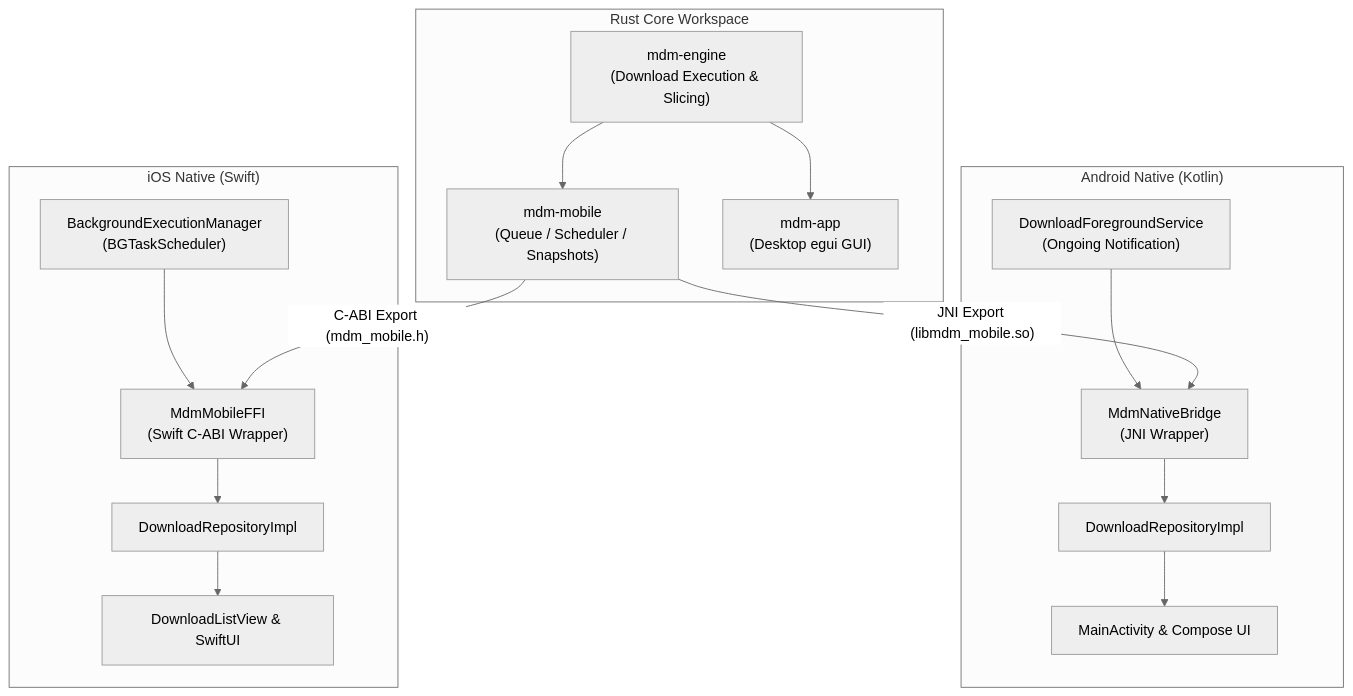
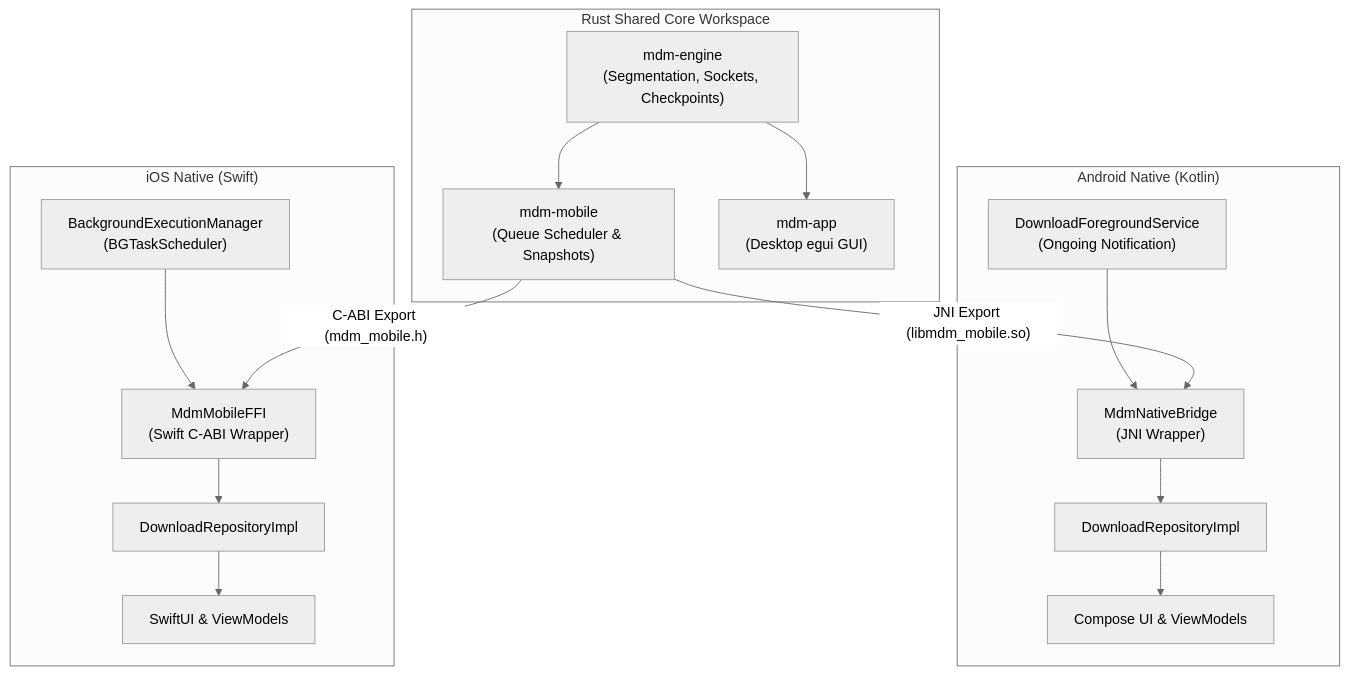
One commit to Hwai-technology/download-manager-android changed the first of 2 diagrams in README.md. Above: the diagram before and after it, drawn with Mermaid (neutral theme). The commit also changed other lines of this file and 29 other files, not shown here.

Commit message:
docs: add agent rules, website architecture, and packaging scripts

````diff
--- a/README.md
+++ b/README.md
@@ -107,35 +217,35 @@
 ```mermaid
 flowchart TD
-    subgraph RustWorkspace["Rust Core Workspace"]
-        Engine["mdm-engine\n(Download Execution & Slicing)"]
-        MobileCore["mdm-mobile\n(Queue / Scheduler / Snapshots)"]
+    subgraph RustWorkspace["Rust Shared Core Workspace"]
+        Engine["mdm-engine\n(Segmentation, Sockets, Checkpoints)"]
+        MobileCore["mdm-mobile\n(Queue Scheduler & Snapshots)"]
         Engine --> MobileCore
         DesktopApp["mdm-app\n(Desktop egui GUI)"]
         Engine --> DesktopApp
     end
 
     subgraph AndroidPlatform["Android Native (Kotlin)"]
         JNI["MdmNativeBridge\n(JNI Wrapper)"]
         AndroidRepo["DownloadRepositoryImpl"]
         AndroidService["DownloadForegroundService\n(Ongoing Notification)"]
-        AndroidUI["MainActivity & Compose UI"]
+        AndroidUI["Compose UI & ViewModels"]
         
         JNI --> AndroidRepo
         AndroidRepo --> AndroidUI
         AndroidService --> JNI
     end
 
     subgraph IOSPlatform["iOS Native (Swift)"]
         CABI["MdmMobileFFI\n(Swift C-ABI Wrapper)"]
         IOSRepo["DownloadRepositoryImpl"]
         BGManager["BackgroundExecutionManager\n(BGTaskScheduler)"]
-        IOSUI["DownloadListView & SwiftUI"]
+        IOSUI["SwiftUI & ViewModels"]
         
         CABI --> IOSRepo
         IOSRepo --> IOSUI
         BGManager --> CABI
     end
 
     MobileCore -- JNI Export (libmdm_mobile.so) --> JNI
     MobileCore -- C-ABI Export (mdm_mobile.h) --> CABI
 ```
````
